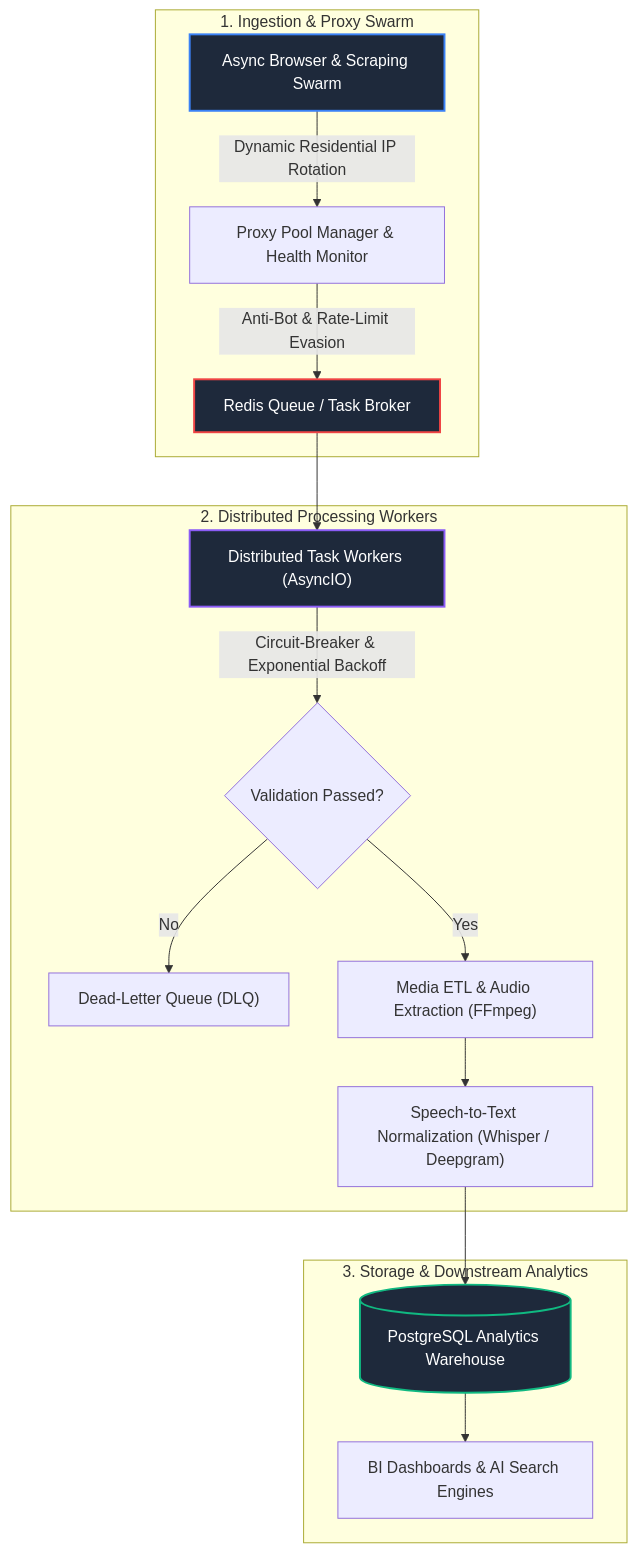
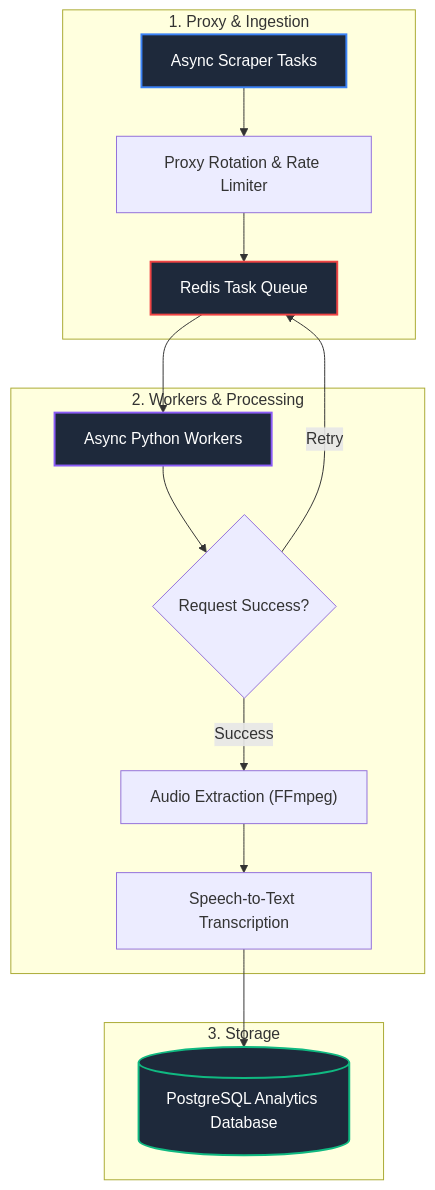
One commit to coutinhoicaro/data-extraction-automation-engine changed the diagram in README.md. Above: the diagram before and after it, drawn with Mermaid. The commit also changed other lines of this file, not shown here.

Commit message:
docs: simplify architecture overview and clarify reference blueprint scope

````diff
--- a/README.md
+++ b/README.md
@@ -31,25 +33,24 @@
 ```mermaid
 flowchart TD
-    subgraph IngestionLayer ["1. Ingestion & Proxy Swarm"]
-        SCRAPERS["Async Browser & Scraping Swarm"] -->|"Dynamic Residential IP Rotation"| PROXY["Proxy Pool Manager & Health Monitor"]
-        PROXY -->|"Anti-Bot & Rate-Limit Evasion"| BROKER["Redis Queue / Task Broker"]
+    subgraph Layer1 ["1. Proxy & Ingestion"]
+        SCRAPERS["Async Scraper Tasks"] --> PROXY["Proxy Rotation & Rate Limiter"]
+        PROXY --> BROKER["Redis Task Queue"]
     end
 
-    subgraph WorkerLayer ["2. Distributed Processing Workers"]
-        BROKER --> WORKERS["Distributed Task Workers (AsyncIO)"]
-        WORKERS -->|"Circuit-Breaker & Exponential Backoff"| RETRY{"Validation Passed?"}
-        RETRY -- "No" --> DLQ["Dead-Letter Queue (DLQ)"]
-        RETRY -- "Yes" --> MEDIA["Media ETL & Audio Extraction (FFmpeg)"]
-        MEDIA --> AI["Speech-to-Text Normalization (Whisper / Deepgram)"]
+    subgraph Layer2 ["2. Workers & Processing"]
+        BROKER --> WORKERS["Async Python Workers"]
+        WORKERS --> RETRY{"Request Success?"}
+        RETRY -- "Retry" --> BROKER
+        RETRY -- "Success" --> MEDIA["Audio Extraction (FFmpeg)"]
+        MEDIA --> SPEECH["Speech-to-Text Transcription"]
     end
 
-    subgraph StorageLayer ["3. Storage & Downstream Analytics"]
-        AI --> DB[("PostgreSQL Analytics Warehouse")]
-        DB --> BI["BI Dashboards & AI Search Engines"]
+    subgraph Layer3 ["3. Storage"]
+        SPEECH --> DB[("PostgreSQL Analytics Database")]
     end
 
     style SCRAPERS fill:#1e293b,stroke:#3b82f6,stroke-width:2px,color:#fff
     style BROKER fill:#1e293b,stroke:#ef4444,stroke-width:2px,color:#fff
     style WORKERS fill:#1e293b,stroke:#8b5cf6,stroke-width:2px,color:#fff
     style DB fill:#1e293b,stroke:#10b981,stroke-width:2px,color:#fff
 ```
````
